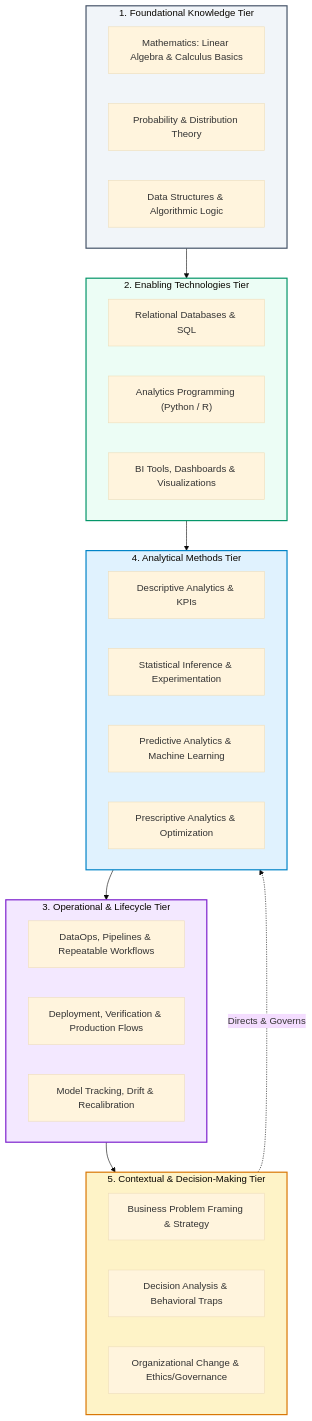
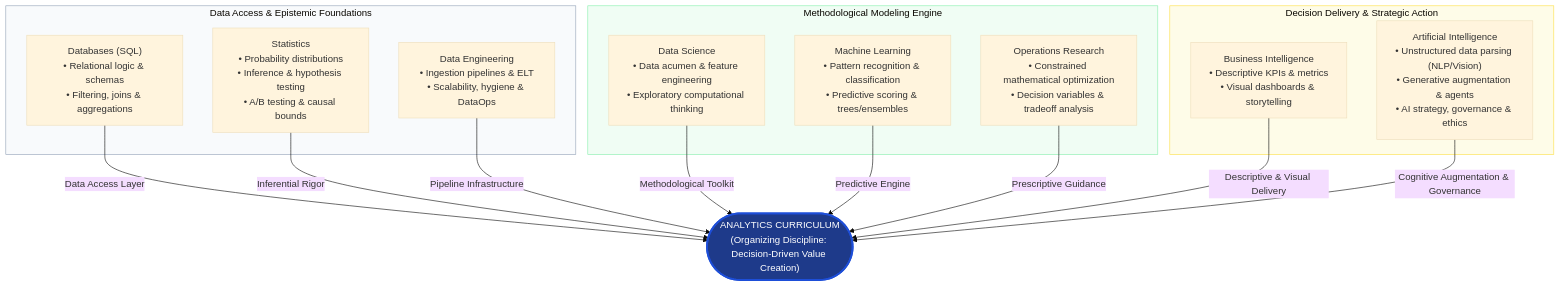
One commit to jdvelasq/classroom-vibecoding changed the second of 7 diagrams in design/synthesis/s03-synthesis-gemini.md. Above: the diagram before and after it, drawn with Mermaid (base theme). The commit also changed other lines of this file and 3 other files, not shown here.

````diff
--- a/design/synthesis/s03-synthesis-gemini.md
+++ b/design/synthesis/s03-synthesis-gemini.md
@@ -212,45 +144,35 @@
 ```mermaid
 graph TD
-    subgraph Tier5 ["5. Contextual & Decision-Making Tier"]
-        C1["Business Problem Framing & Strategy"]
-        C2["Decision Analysis & Behavioral Traps"]
-        C3["Organizational Change & Ethics/Governance"]
+    Analytics(["ANALYTICS CURRICULUM<br/>(Organizing Discipline: Decision-Driven Value Creation)"])
+
+    subgraph FoundationAccess ["Data Access & Epistemic Foundations"]
+        DB["Databases (SQL)<br/>• Relational logic & schemas<br/>• Filtering, joins & aggregations"]
+        STAT["Statistics<br/>• Probability distributions<br/>• Inference & hypothesis testing<br/>• A/B testing & causal bounds"]
+        DE["Data Engineering<br/>• Ingestion pipelines & ELT<br/>• Scalability, hygiene & DataOps"]
     end
 
-    subgraph Tier4 ["4. Analytical Methods Tier"]
-        M1["Descriptive Analytics & KPIs"]
-        M2["Statistical Inference & Experimentation"]
-        M3["Predictive Analytics & Machine Learning"]
-        M4["Prescriptive Analytics & Optimization"]
+    subgraph AnalyticalEngine ["Methodological Modeling Engine"]
+        DS["Data Science<br/>• Data acumen & feature engineering<br/>• Exploratory computational thinking"]
+        ML["Machine Learning<br/>• Pattern recognition & classification<br/>• Predictive scoring & trees/ensembles"]
+        OR["Operations Research<br/>• Constrained mathematical optimization<br/>• Decision variables & tradeoff analysis"]
     end
 
-    subgraph Tier3 ["3. Operational & Lifecycle Tier"]
-        O1["DataOps, Pipelines & Repeatable Workflows"]
-        O2["Deployment, Verification & Production Flows"]
-        O3["Model Tracking, Drift & Recalibration"]
+    subgraph DecisionDelivery ["Decision Delivery & Strategic Action"]
+        BI["Business Intelligence<br/>• Descriptive KPIs & metrics<br/>• Visual dashboards & storytelling"]
+        AI["Artificial Intelligence<br/>• Unstructured data parsing (NLP/Vision)<br/>• Generative augmentation & agents<br/>• AI strategy, governance & ethics"]
     end
 
-    subgraph Tier2 ["2. Enabling Technologies Tier"]
-        E1["Relational Databases & SQL"]
-        E2["Analytics Programming (Python / R)"]
-        E3["BI Tools, Dashboards & Visualizations"]
-    end
+    DB -->|Data Access Layer| Analytics
+    STAT -->|Inferential Rigor| Analytics
+    DE -->|Pipeline Infrastructure| Analytics
+    DS -->|Methodological Toolkit| Analytics
+    ML -->|Predictive Engine| Analytics
+    OR -->|Prescriptive Guidance| Analytics
+    BI -->|Descriptive & Visual Delivery| Analytics
+    AI -->|Cognitive Augmentation & Governance| Analytics
 
-    subgraph Tier1 ["1. Foundational Knowledge Tier"]
-        F1["Mathematics: Linear Algebra & Calculus Basics"]
-        F2["Probability & Distribution Theory"]
-        F3["Data Structures & Algorithmic Logic"]
-    end
-
-    Tier1 --> Tier2
-    Tier2 --> Tier4
-    Tier4 --> Tier3
-    Tier3 --> Tier5
-    Tier5 -.->|Directs & Governs| Tier4
-
-    style Tier5 fill:#fef3c7,stroke:#d97706,stroke-width:2px
-    style Tier4 fill:#e0f2fe,stroke:#0284c7,stroke-width:2px
-    style Tier3 fill:#f3e8ff,stroke:#7e22ce,stroke-width:2px
-    style Tier2 fill:#ecfdf5,stroke:#059669,stroke-width:2px
-    style Tier1 fill:#f1f5f9,stroke:#475569,stroke-width:2px
+    style Analytics fill:#1e3a8a,stroke:#1d4ed8,stroke-width:3px,color:#ffffff
+    style FoundationAccess fill:#f8fafc,stroke:#94a3b8,stroke-width:1px
+    style AnalyticalEngine fill:#f0fdf4,stroke:#86efac,stroke-width:1px
+    style DecisionDelivery fill:#fefce8,stroke:#fde047,stroke-width:1px
 ```
````
